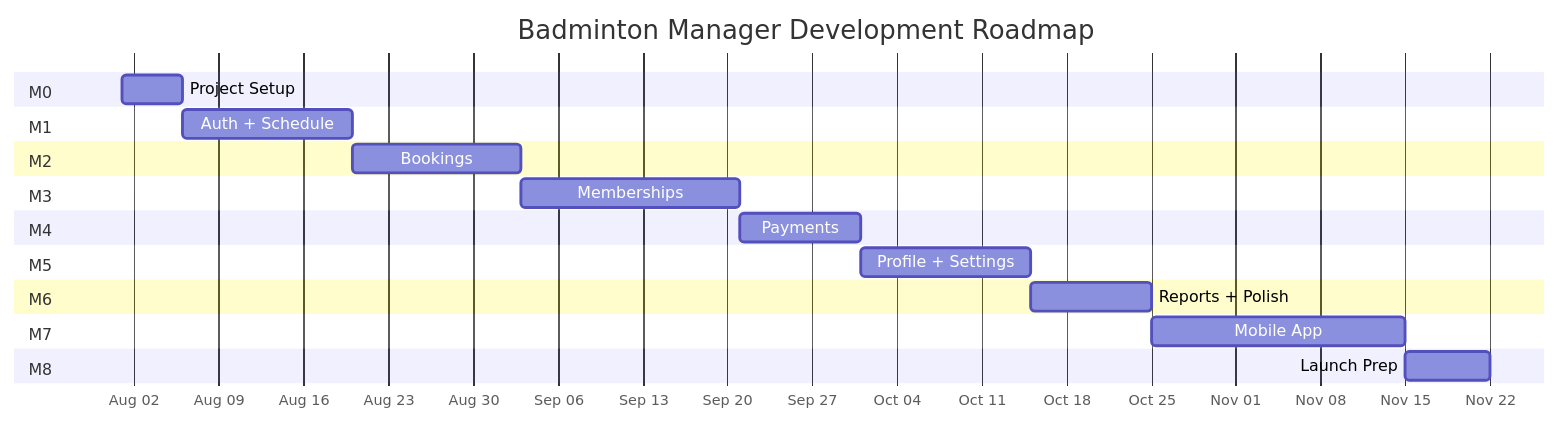
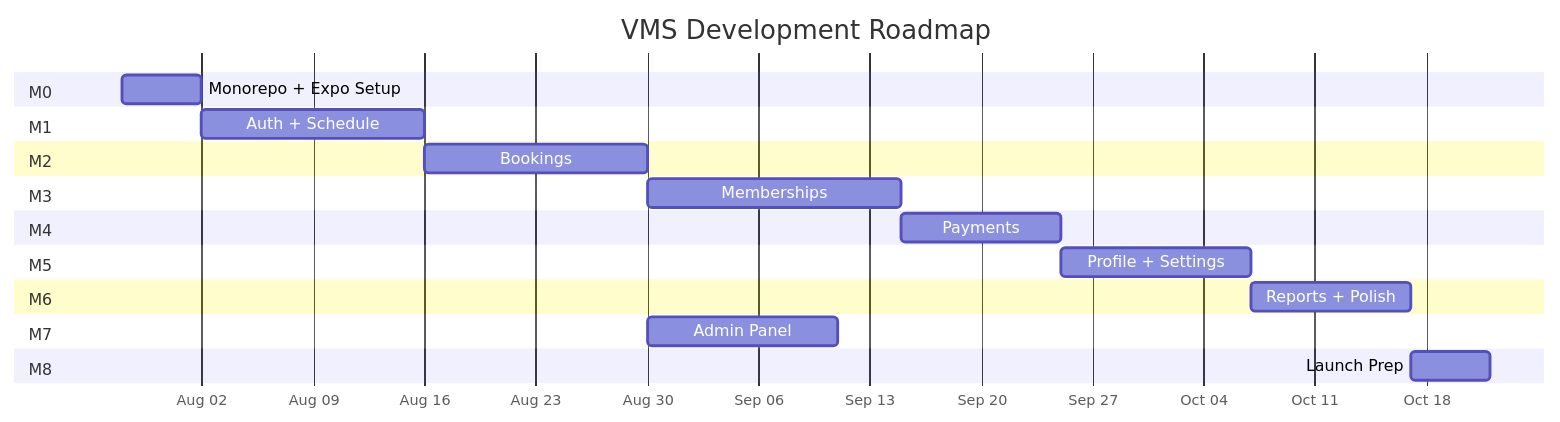
The diagram in documents/10-development-roadmap.md (CHRISILDAVID/VMS), drawn with Mermaid before and after one commit. The commit also changed other lines of this file and 10 other files, not shown here.

````diff
--- a/documents/10-development-roadmap.md
+++ b/documents/10-development-roadmap.md
@@ -5,33 +13,33 @@
 ```mermaid
 gantt
-    title Badminton Manager Development Roadmap
+    title VMS Development Roadmap
     dateFormat  YYYY-MM-DD
     axisFormat  %b %d
 
     section M0
-    Project Setup           :m0, 2026-08-01, 5d
+    Monorepo + Expo Setup              :m0, 2026-07-28, 5d
 
     section M1
-    Auth + Schedule         :m1, after m0, 14d
+    Auth + Schedule                    :m1, after m0, 14d
 
     section M2
-    Bookings                :m2, after m1, 14d
+    Bookings                           :m2, after m1, 14d
 
     section M3
-    Memberships             :m3, after m2, 18d
+    Memberships                        :m3, after m2, 16d
 
     section M4
-    Payments                :m4, after m3, 10d
+    Payments                           :m4, after m3, 10d
 
     section M5
-    Profile + Settings      :m5, after m4, 14d
+    Profile + Settings                 :m5, after m4, 12d
 
     section M6
-    Reports + Polish        :m6, after m5, 10d
+    Reports + Polish                   :m6, after m5, 10d
 
     section M7
-    Mobile App              :m7, after m6, 21d
+    Admin Panel                        :m7, after m2, 12d
 
     section M8
-    Launch Prep             :m8, after m7, 7d
+    Launch Prep                        :m8, after m6, 5d
 ```
````
